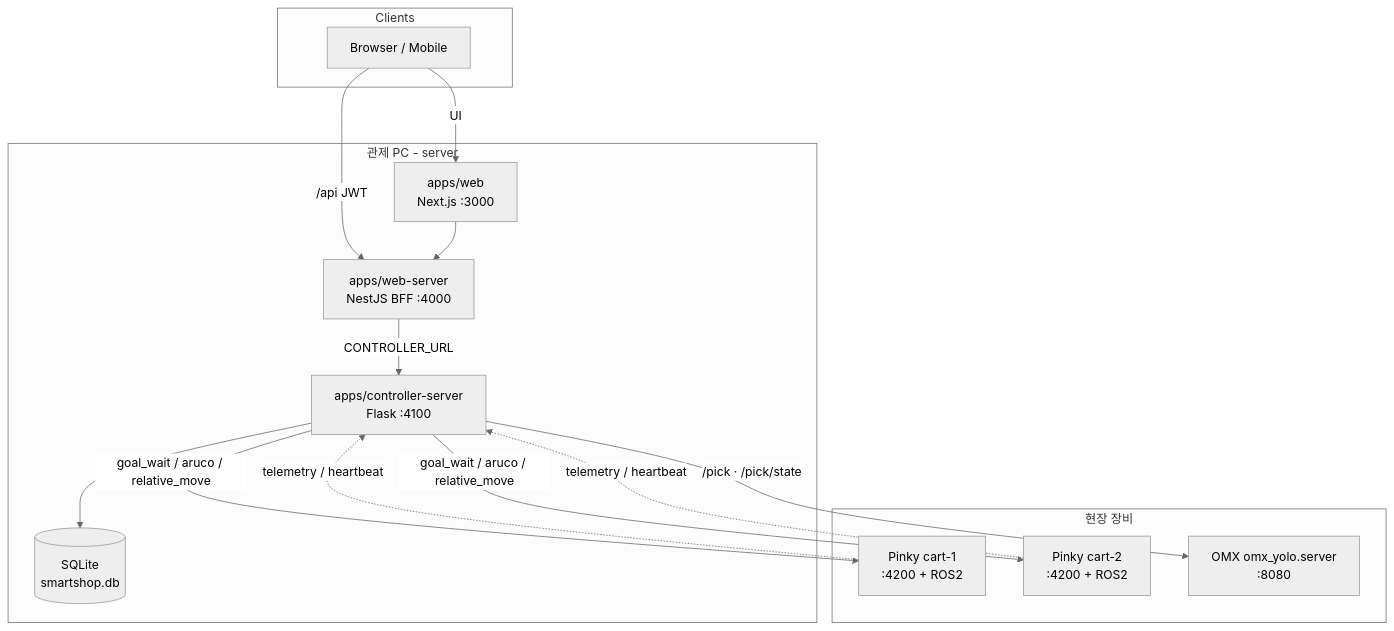
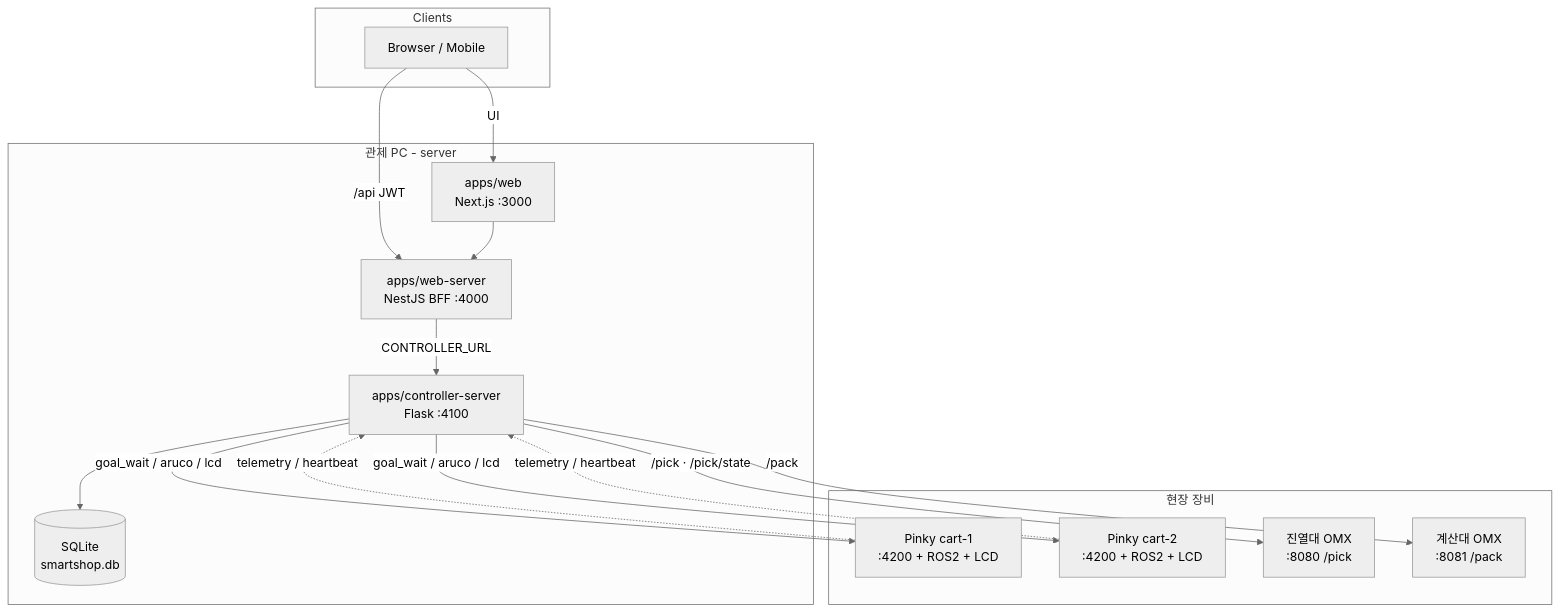
The second of 11 diagrams in README.md (hyj07003/PS_project), drawn with Mermaid (neutral theme) before and after one commit. The commit also changed other lines of this file and 10 other files, not shown here.

````diff
--- a/README.md
+++ b/README.md
@@ -227,30 +383,32 @@
 ```mermaid
 flowchart TB
   subgraph clients [Clients]
     Browser[Browser / Mobile]
   end
 
   subgraph control_pc [관제 PC - server]
     Web["apps/web\nNext.js :3000"]
     BFF["apps/web-server\nNestJS BFF :4000"]
     Ctrl["apps/controller-server\nFlask :4100"]
     DB[("SQLite\nsmartshop.db")]
   end
 
   subgraph robots [현장 장비]
-    Pinky1["Pinky cart-1\n:4200 + ROS2"]
-    Pinky2["Pinky cart-2\n:4200 + ROS2"]
-    OMX["OMX omx_yolo.server\n:8080"]
+    Pinky1["Pinky cart-1\n:4200 + ROS2 + LCD"]
+    Pinky2["Pinky cart-2\n:4200 + ROS2 + LCD"]
+    OMX["진열대 OMX\n:8080 /pick"]
+    PACK["계산대 OMX\n:8081 /pack"]
   end
 
   Browser -->|UI| Web
   Browser -->|/api JWT| BFF
   Web --> BFF
   BFF -->|CONTROLLER_URL| Ctrl
   Ctrl --> DB
-  Ctrl -->|goal_wait / aruco / relative_move| Pinky1
-  Ctrl -->|goal_wait / aruco / relative_move| Pinky2
+  Ctrl -->|goal_wait / aruco / lcd| Pinky1
+  Ctrl -->|goal_wait / aruco / lcd| Pinky2
   Ctrl -->|/pick · /pick/state| OMX
+  Ctrl -->|/pack| PACK
   Pinky1 -.->|telemetry / heartbeat| Ctrl
   Pinky2 -.->|telemetry / heartbeat| Ctrl
 ```
````
